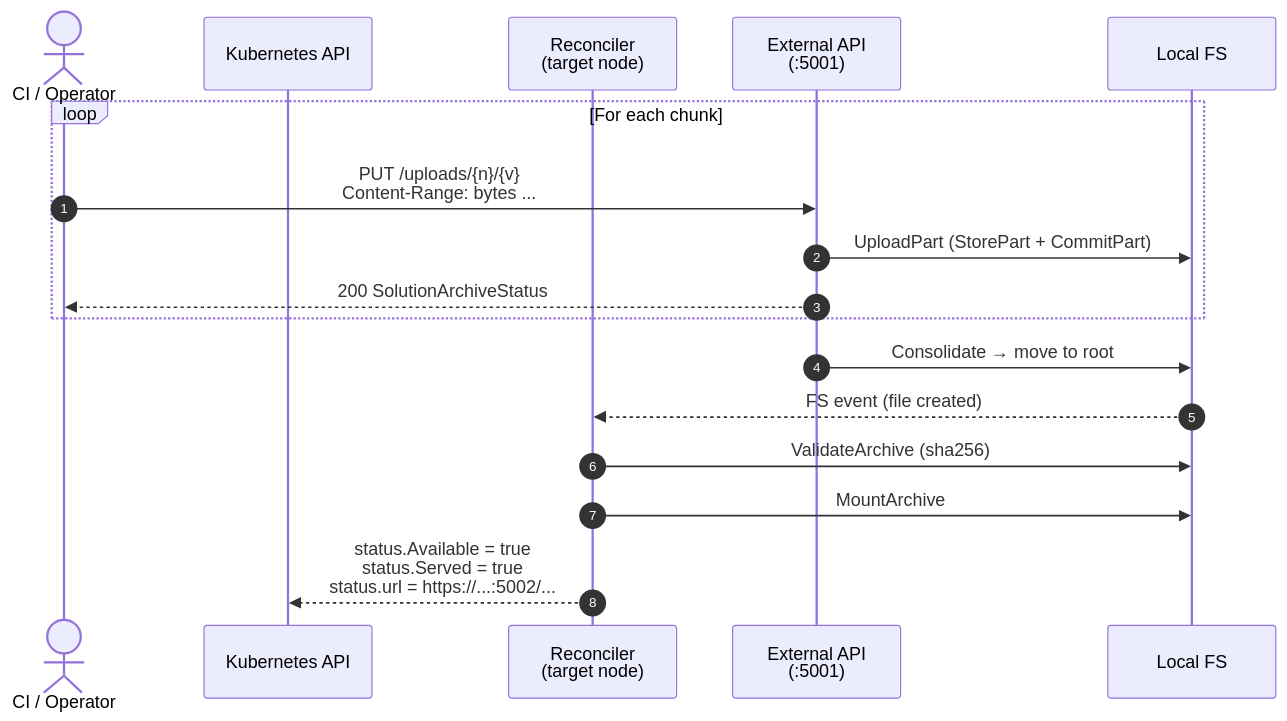
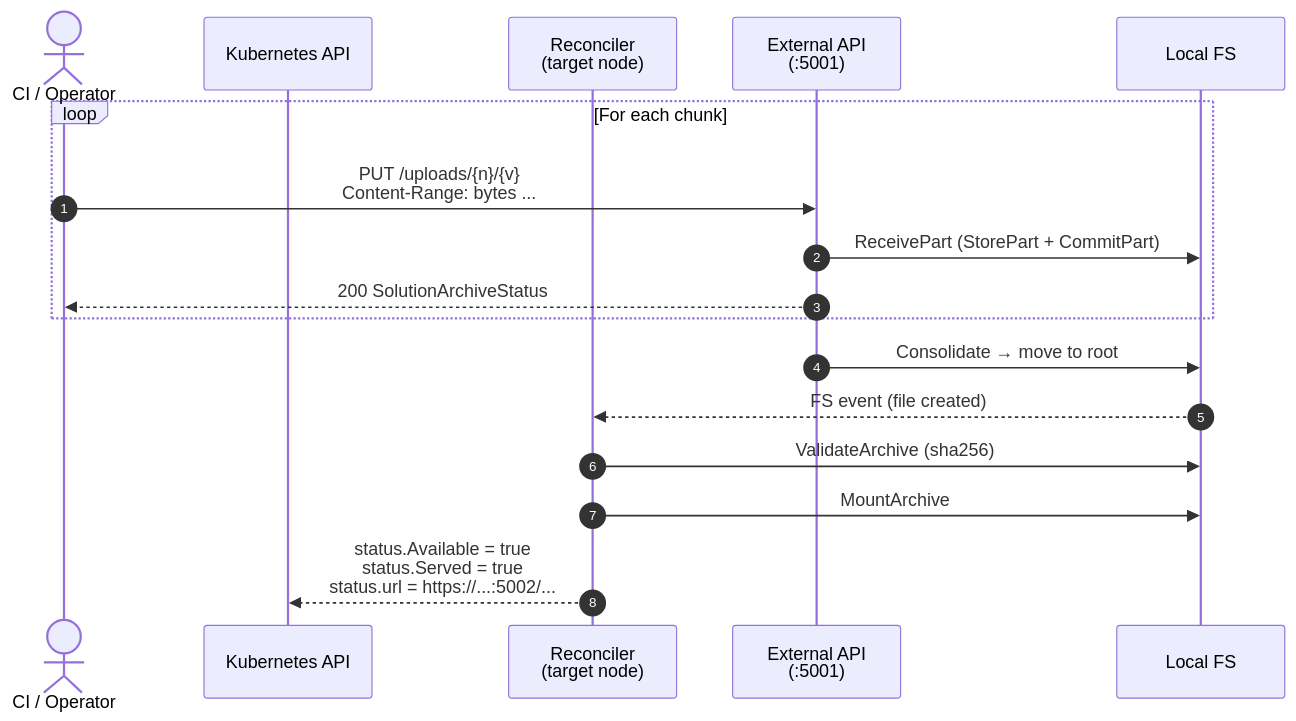
Before and after one commit to scality/metalk8s-registry-node-agent: the fourth of 5 diagrams in DESIGN.md, drawn with Mermaid. The commit also changed other lines of this file and 6 other files, not shown here.

First line of the commit message:
chore: rename UploadPart usecase to ReceivePart

````diff
--- a/DESIGN.md
+++ b/DESIGN.md
@@ -355,21 +355,21 @@
 ```mermaid
 sequenceDiagram
   autonumber
   actor User as CI / Operator
   participant K8s as Kubernetes API
   participant Ctrl as Reconciler<br/>(target node)
   participant Ext as External API<br/>(:5001)
   participant FS as Local FS
 
   loop For each chunk
     User->>Ext: PUT /uploads/{n}/{v}<br/>Content-Range: bytes ...
-    Ext->>FS: UploadPart (StorePart + CommitPart)
+    Ext->>FS: ReceivePart (StorePart + CommitPart)
     Ext-->>User: 200 SolutionArchiveStatus
   end
 
   Ext->>FS: Consolidate → move to root
   FS-->>Ctrl: FS event (file created)
   Ctrl->>FS: ValidateArchive (sha256)
   Ctrl->>FS: MountArchive
   Ctrl-->>K8s: status.Available = true<br/>status.Served = true<br/>status.url = https://...:5002/...
 ```
````
